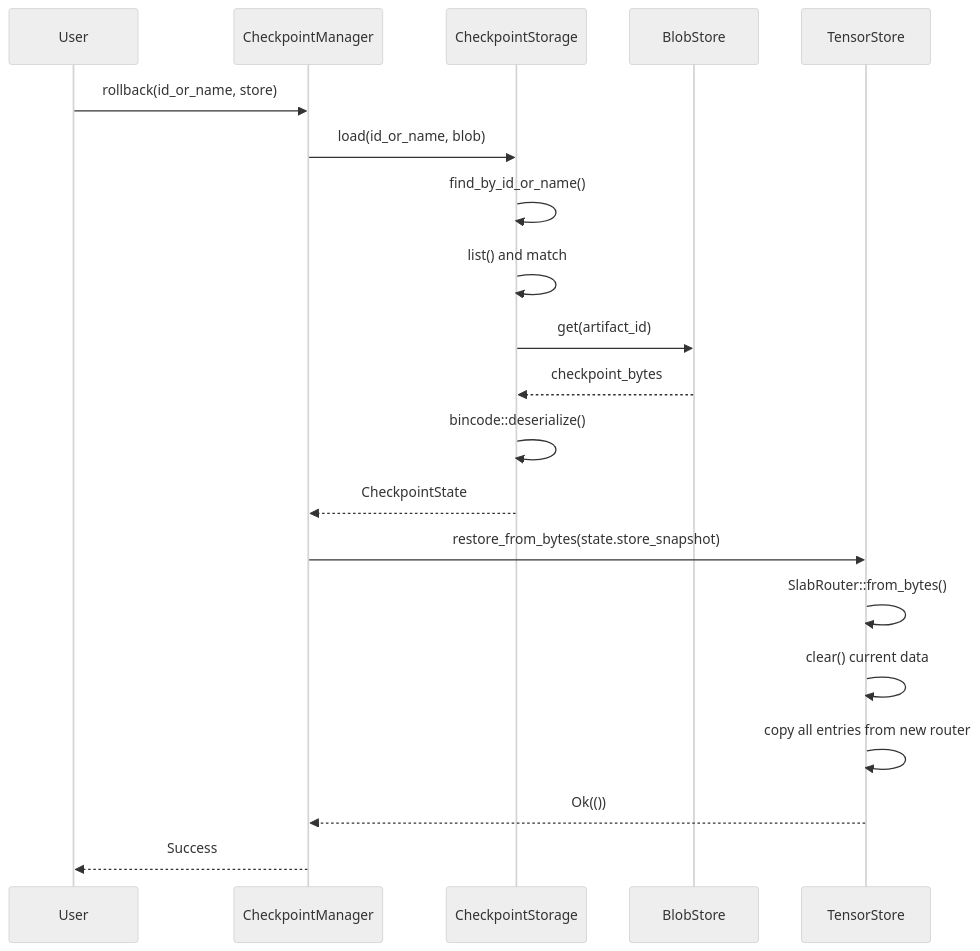
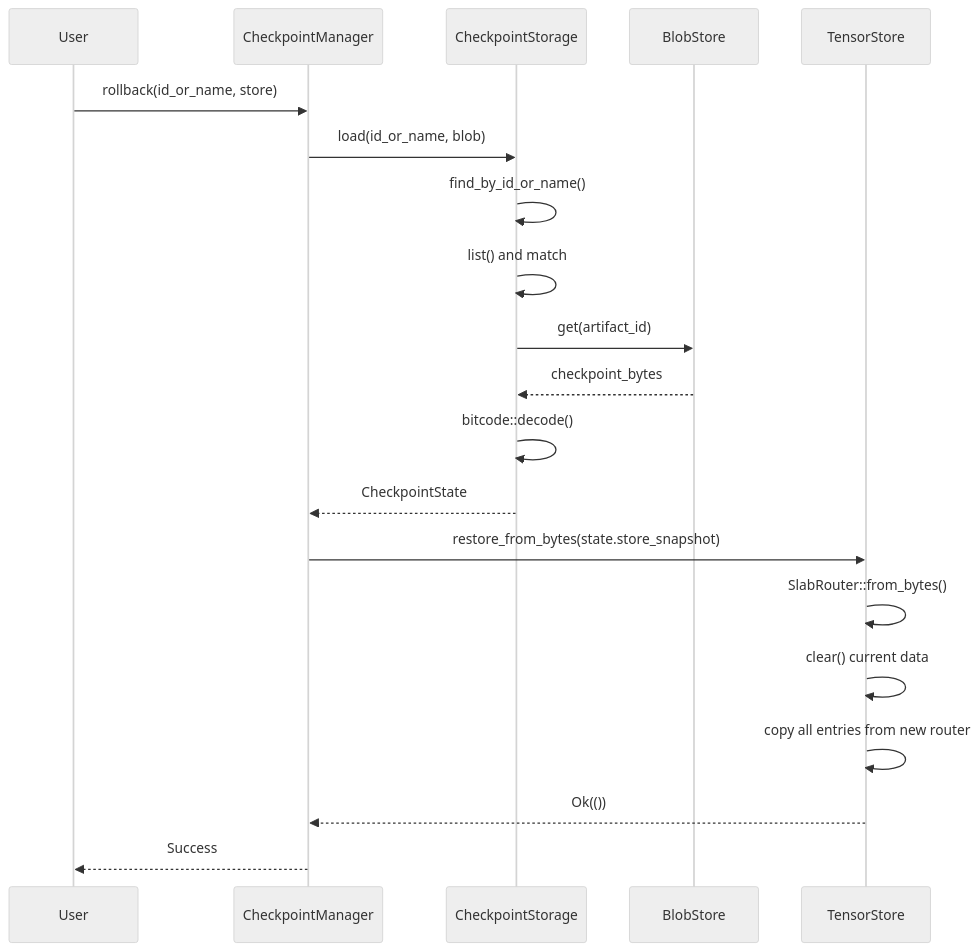
One commit to Shadylukin/Neumann changed the third of 3 diagrams in docs/book/src/architecture/tensor-checkpoint.md. Above: the diagram before and after it, drawn with Mermaid (neutral theme). The commit also changed other lines of this file and 2 other files, not shown here.

Commit message:
Update documentation to reflect bitcode migration
Replace all bincode references in documentation with bitcode:
- embedding-state.md: Update serialization examples
- tensor-checkpoint.md: Update diagrams to show bitcode::encode/decode
- tensor-cache.md: Update error handling example

````diff
--- a/docs/book/src/architecture/tensor-checkpoint.md
+++ b/docs/book/src/architecture/tensor-checkpoint.md
@@ -146,23 +146,23 @@
 ```mermaid
 sequenceDiagram
     participant User
     participant Manager as CheckpointManager
     participant Storage as CheckpointStorage
     participant Blob as BlobStore
     participant Store as TensorStore
 
     User->>Manager: rollback(id_or_name, store)
     Manager->>Storage: load(id_or_name, blob)
     Storage->>Storage: find_by_id_or_name()
     Storage->>Storage: list() and match
     Storage->>Blob: get(artifact_id)
     Blob-->>Storage: checkpoint_bytes
-    Storage->>Storage: bincode::deserialize()
+    Storage->>Storage: bitcode::decode()
     Storage-->>Manager: CheckpointState
     Manager->>Store: restore_from_bytes(state.store_snapshot)
     Store->>Store: SlabRouter::from_bytes()
     Store->>Store: clear() current data
     Store->>Store: copy all entries from new router
     Store-->>Manager: Ok(())
     Manager-->>User: Success
 ```
````
